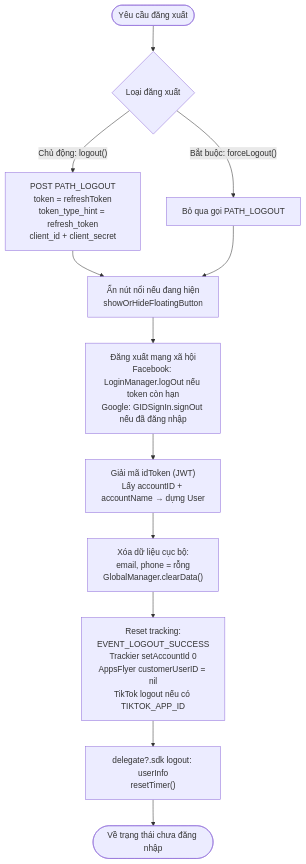
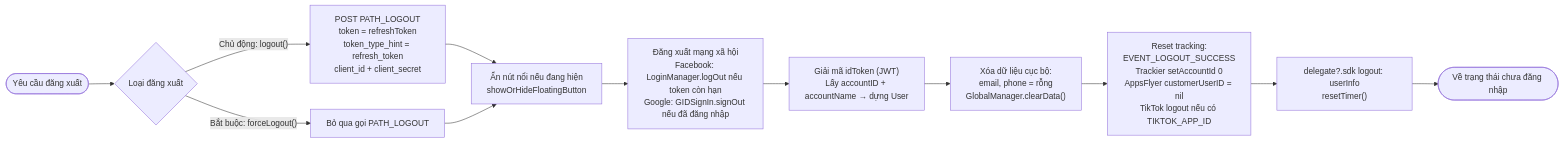
Before and after one commit to nguynninh/vlive-docs: the diagram in content/vi/sdkgame/ios/swift/luong_dang_xuat.mdx, drawn with Mermaid. The commit also changed 86 other files, not shown here.

````diff
--- a/content/vi/sdkgame/ios/swift/luong_dang_xuat.mdx
+++ b/content/vi/sdkgame/ios/swift/luong_dang_xuat.mdx
@@ -25,22 +25,22 @@
 ```mermaid
-flowchart TD
+flowchart LR
     A([Yêu cầu đăng xuất]) --> B{Loại đăng xuất}
 
     B -- "Chủ động: logout()" --> C["POST PATH_LOGOUT<br/>token = refreshToken<br/>token_type_hint = refresh_token<br/>client_id + client_secret"]
     B -- "Bắt buộc: forceLogout()" --> D["Bỏ qua gọi PATH_LOGOUT"]
 
     C --> E
     D --> E["Ẩn nút nổi nếu đang hiện<br/>showOrHideFloatingButton"]
 
     E --> F["Đăng xuất mạng xã hội<br/>Facebook: LoginManager.logOut nếu token còn hạn<br/>Google: GIDSignIn.signOut nếu đã đăng nhập"]
 
     F --> G["Giải mã idToken (JWT)<br/>Lấy accountID + accountName → dựng User"]
 
     G --> H["Xóa dữ liệu cục bộ:<br/>email, phone = rỗng<br/>GlobalManager.clearData()"]
 
     H --> I["Reset tracking:<br/>EVENT_LOGOUT_SUCCESS<br/>Trackier setAccountId 0<br/>AppsFlyer customerUserID = nil<br/>TikTok logout nếu có TIKTOK_APP_ID"]
 
     I --> J["delegate?.sdk logout: userInfo<br/>resetTimer()"]
 
     J --> K([Về trạng thái chưa đăng nhập])
 ```
````
